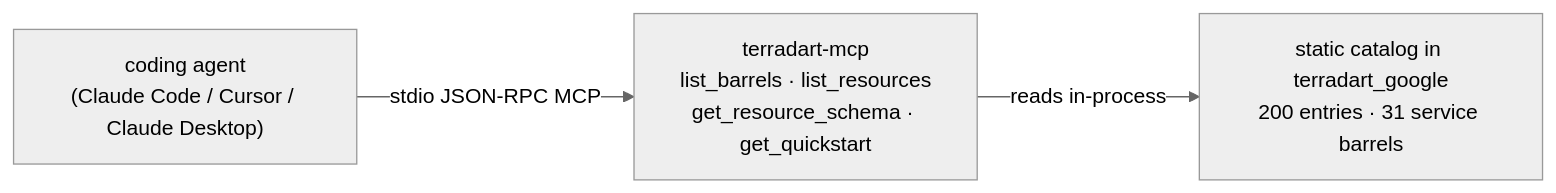
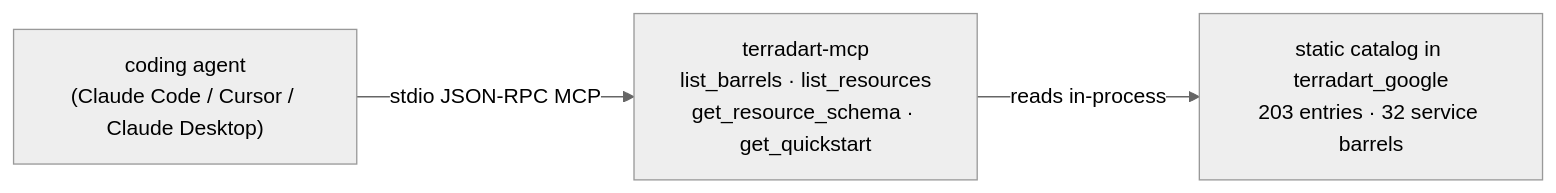
Before and after one commit to nozomi-koborinai/terradart: the diagram in website/src/content/docs/docs/agent/index.md, drawn with Mermaid (neutral theme). The commit also changed other lines of this file and 62 other files, not shown here.

````diff
--- a/website/src/content/docs/docs/agent/index.md
+++ b/website/src/content/docs/docs/agent/index.md
@@ -12,8 +12,8 @@
 ```mermaid
 graph LR
   agent["coding agent<br/>(Claude Code / Cursor / Claude Desktop)"]
   mcp["terradart-mcp<br/>list_barrels · list_resources<br/>get_resource_schema · get_quickstart"]
-  catalog["static catalog in terradart_google<br/>200 entries · 31 service barrels"]
+  catalog["static catalog in terradart_google<br/>203 entries · 32 service barrels"]
   agent -->|stdio JSON-RPC MCP| mcp
   mcp -->|reads in-process| catalog
 ```
````
